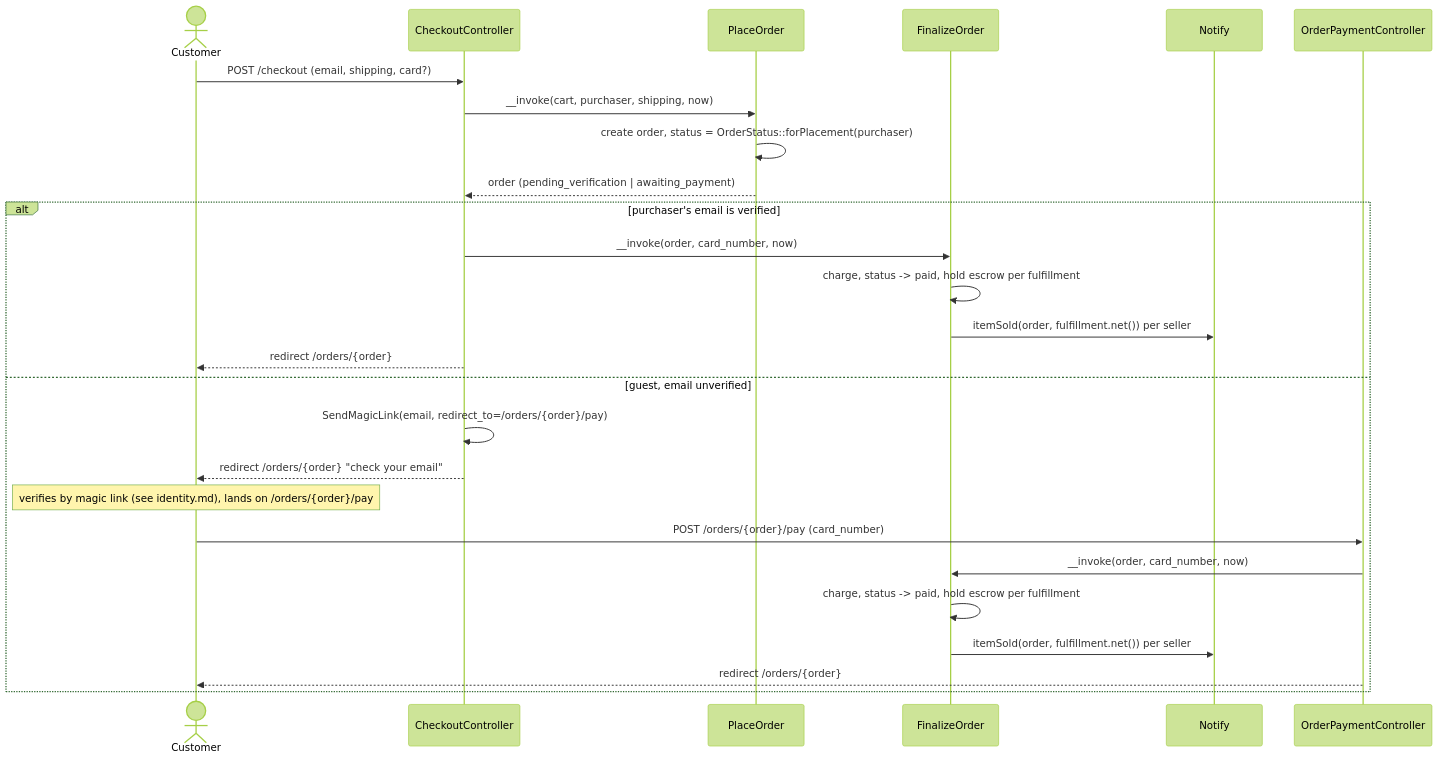
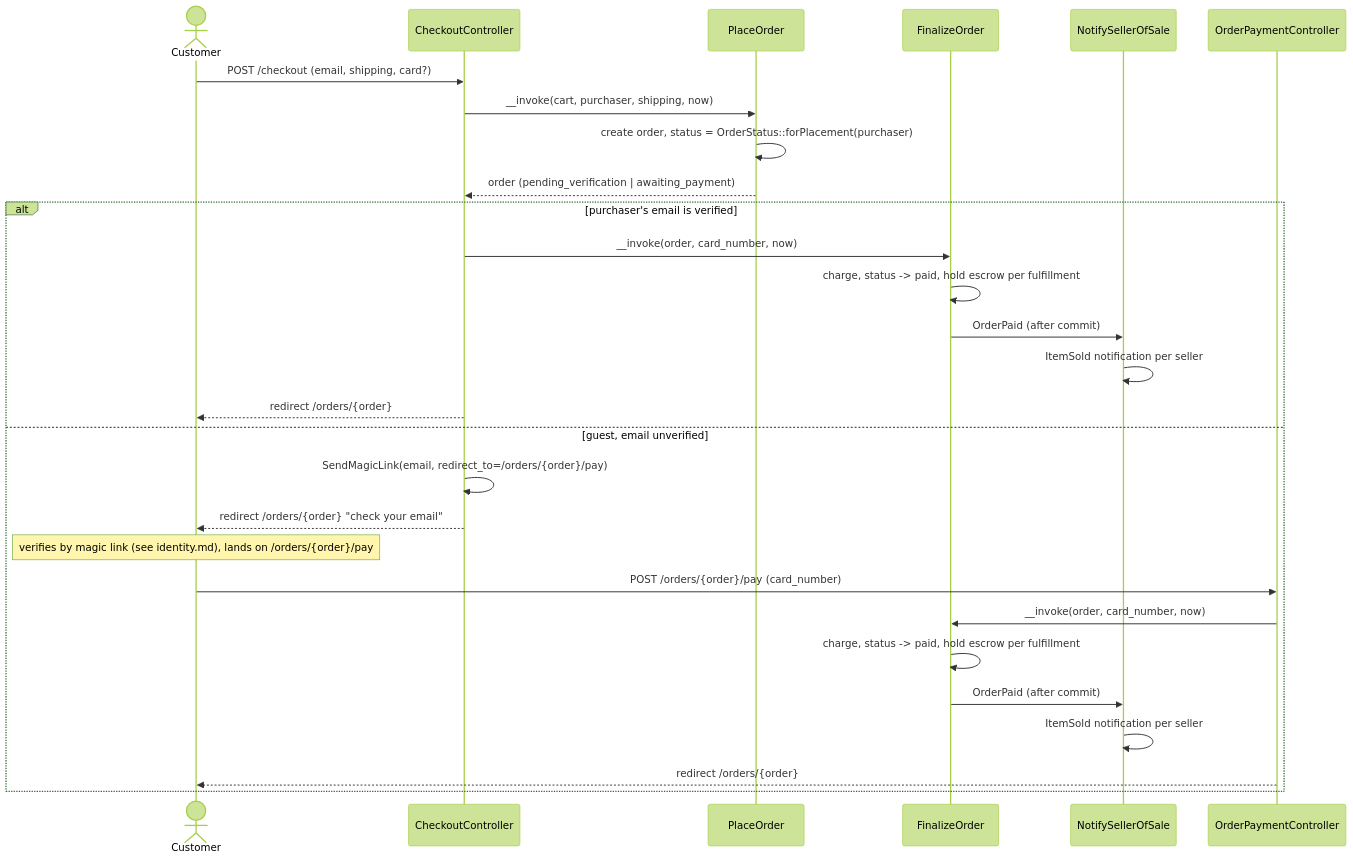
Before and after one commit to jonathan-beebe/art-store: the first of 3 diagrams in prototype/php/docs/orders.md, drawn with Mermaid (forest theme). The commit also changed other lines of this file and 407 other files, not shown here.

````diff
--- a/prototype/php/docs/orders.md
+++ b/prototype/php/docs/orders.md
@@ -14,30 +14,32 @@
 ```mermaid
 sequenceDiagram
     actor Customer
     participant Checkout as CheckoutController
     participant Place as PlaceOrder
     participant Finalize as FinalizeOrder
-    participant Notify
+    participant Listener as NotifySellerOfSale
     participant Pay as OrderPaymentController
 
     Customer->>Checkout: POST /checkout (email, shipping, card?)
     Checkout->>Place: __invoke(cart, purchaser, shipping, now)
     Place->>Place: create order, status = OrderStatus::forPlacement(purchaser)
     Place-->>Checkout: order (pending_verification | awaiting_payment)
 
     alt purchaser's email is verified
         Checkout->>Finalize: __invoke(order, card_number, now)
         Finalize->>Finalize: charge, status -> paid, hold escrow per fulfillment
-        Finalize->>Notify: itemSold(order, fulfillment.net()) per seller
+        Finalize->>Listener: OrderPaid (after commit)
+        Listener->>Listener: ItemSold notification per seller
         Checkout-->>Customer: redirect /orders/{order}
     else guest, email unverified
         Checkout->>Checkout: SendMagicLink(email, redirect_to=/orders/{order}/pay)
         Checkout-->>Customer: redirect /orders/{order} "check your email"
         Note over Customer: verifies by magic link (see identity.md), lands on /orders/{order}/pay
         Customer->>Pay: POST /orders/{order}/pay (card_number)
         Pay->>Finalize: __invoke(order, card_number, now)
         Finalize->>Finalize: charge, status -> paid, hold escrow per fulfillment
-        Finalize->>Notify: itemSold(order, fulfillment.net()) per seller
+        Finalize->>Listener: OrderPaid (after commit)
+        Listener->>Listener: ItemSold notification per seller
         Pay-->>Customer: redirect /orders/{order}
     end
 ```
````
